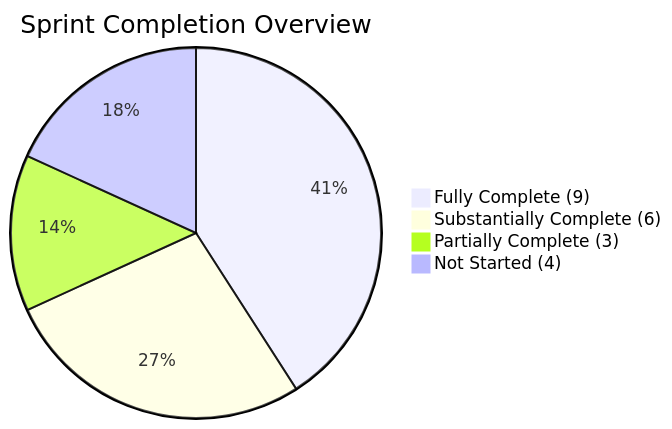
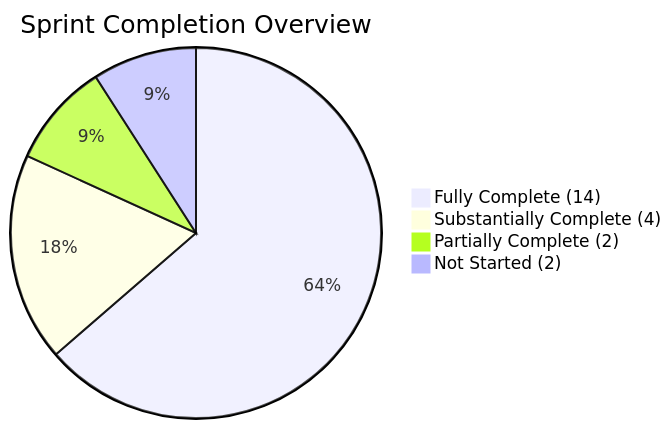
One commit to ZeeshanTahirAlvi006/real-estate-crm changed the diagram in codebase_vs_plan_audit.md. Above: the diagram before and after it, drawn with Mermaid. The commit also changed other lines of this file and 64 other files, not shown here.

````diff
--- a/codebase_vs_plan_audit.md
+++ b/codebase_vs_plan_audit.md
@@ -19,7 +19,7 @@
 ```mermaid
 pie title Sprint Completion Overview
-    "Fully Complete (9)" : 9
-    "Substantially Complete (6)" : 6
-    "Partially Complete (3)" : 3
-    "Not Started (4)" : 4
+    "Fully Complete (14)" : 14
+    "Substantially Complete (4)" : 4
+    "Partially Complete (2)" : 2
+    "Not Started (2)" : 2
 ```
````
